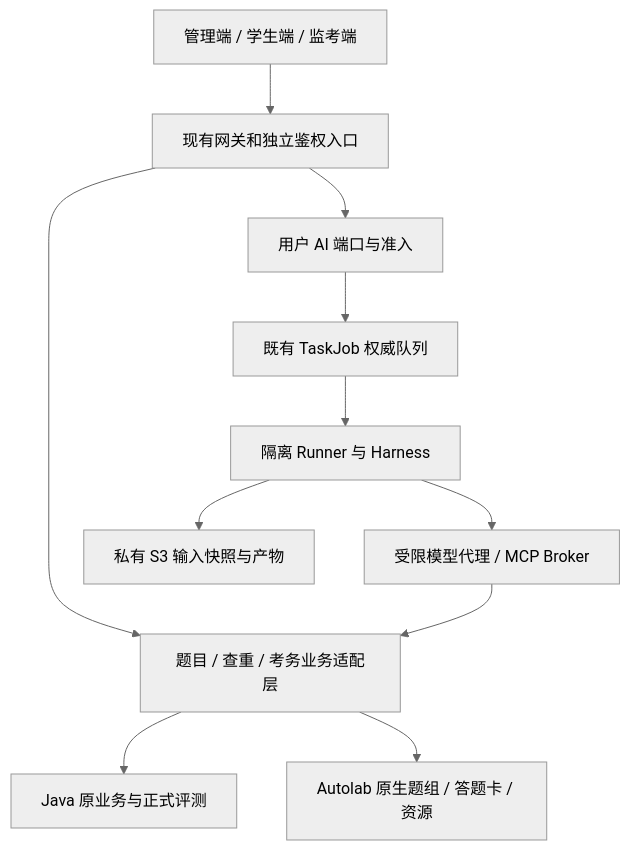
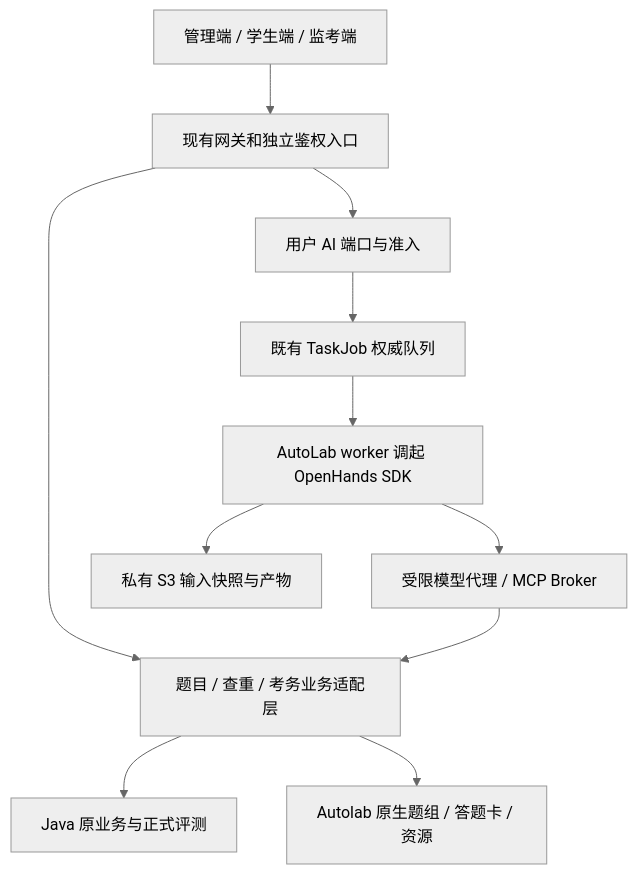
The diagram in docs/platform-v2/00-总纲.md (SDUOJ/sduoj-deploy), drawn with Mermaid (neutral theme) before and after one commit. The commit also changed other lines of this file and 3 other files, not shown here.

Commit message:
docs: align the agent architecture with AutoLab OpenHands workers

````diff
--- a/docs/platform-v2/00-总纲.md
+++ b/docs/platform-v2/00-总纲.md
@@ -34,13 +34,13 @@
 ```mermaid
 flowchart TB
   UI[管理端 / 学生端 / 监考端] --> GW[现有网关和独立鉴权入口]
   GW --> BIZ[题目 / 查重 / 考务业务适配层]
   GW --> PORT[用户 AI 端口与准入]
   PORT --> Q[既有 TaskJob 权威队列]
-  Q --> RUN[隔离 Runner 与 Harness]
+  Q --> RUN[AutoLab worker 调起 OpenHands SDK]
   RUN --> BROKER[受限模型代理 / MCP Broker]
   BROKER --> BIZ
   BIZ --> JAVA[Java 原业务与正式评测]
   BIZ --> AUTO[Autolab 原生题组 / 答题卡 / 资源]
   RUN --> ART[私有 S3 输入快照与产物]
 ```
````
